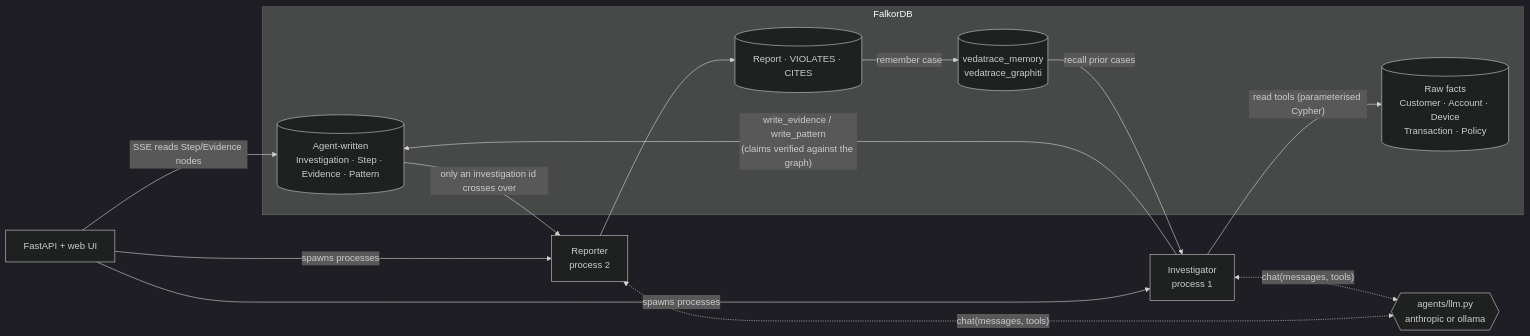
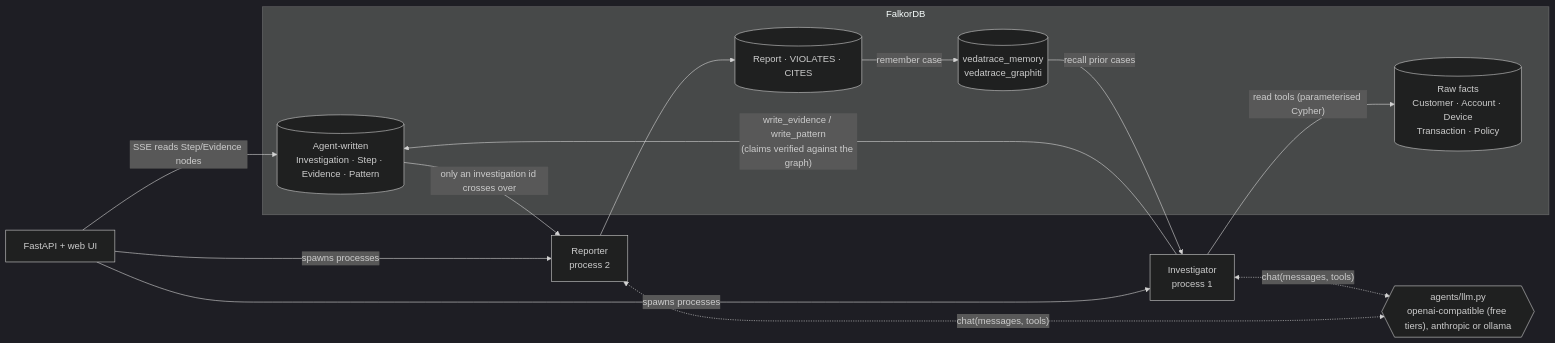
One commit to manviyadu1shi/Vedatrace changed the diagram in README.md. Above: the diagram before and after it, drawn with Mermaid (dark theme). The commit also changed other lines of this file and 11 other files, not shown here.

Commit message:
Add Graphiti on free Gemini, recorded demo run and demo script

````diff
--- a/README.md
+++ b/README.md
@@ -15,24 +15,24 @@
 ```mermaid
 flowchart LR
   subgraph FalkorDB
     RAW[(Raw facts<br/>Customer · Account · Device<br/>Transaction · Policy)]
     TRAIL[(Agent-written<br/>Investigation · Step · Evidence · Pattern)]
     REP[(Report · VIOLATES · CITES)]
     MEM[(vedatrace_memory<br/>vedatrace_graphiti)]
   end
-  LLM{{"agents/llm.py<br/>anthropic or ollama"}}
+  LLM{{"agents/llm.py<br/>openai-compatible (free tiers), anthropic or ollama"}}
   INV[Investigator<br/>process 1]
   REPO[Reporter<br/>process 2]
   UI[FastAPI + web UI]
   INV -- "read tools (parameterised Cypher)" --> RAW
   INV -- "write_evidence / write_pattern<br/>(claims verified against the graph)" --> TRAIL
   TRAIL -- "only an investigation id crosses over" --> REPO
   REPO --> REP
   INV <-. "chat(messages, tools)" .-> LLM
   REPO <-. "chat(messages, tools)" .-> LLM
   MEM -- "recall prior cases" --> INV
   REP -- "remember case" --> MEM
   UI -- "SSE reads Step/Evidence nodes" --> TRAIL
   UI -- "spawns processes" --> INV
   UI -- "spawns processes" --> REPO
 ```
````
